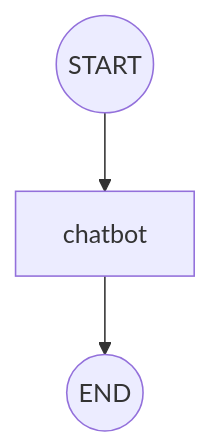
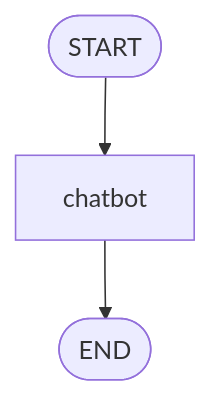
The diagram in README.md (taufiq26127/agentic-chatbot), drawn with Mermaid before and after one commit.

Commit message:
Update flowchart syntax in README.md

````diff
--- a/README.md
+++ b/README.md
@@ -10,5 +10,6 @@
 ```mermaid
 flowchart TD
-    START((START)) --> chat[chatbot]
-    chat --> END((END))
+    A([START]) --> B[chatbot]
+    B --> C([END])
+
 ```
````
